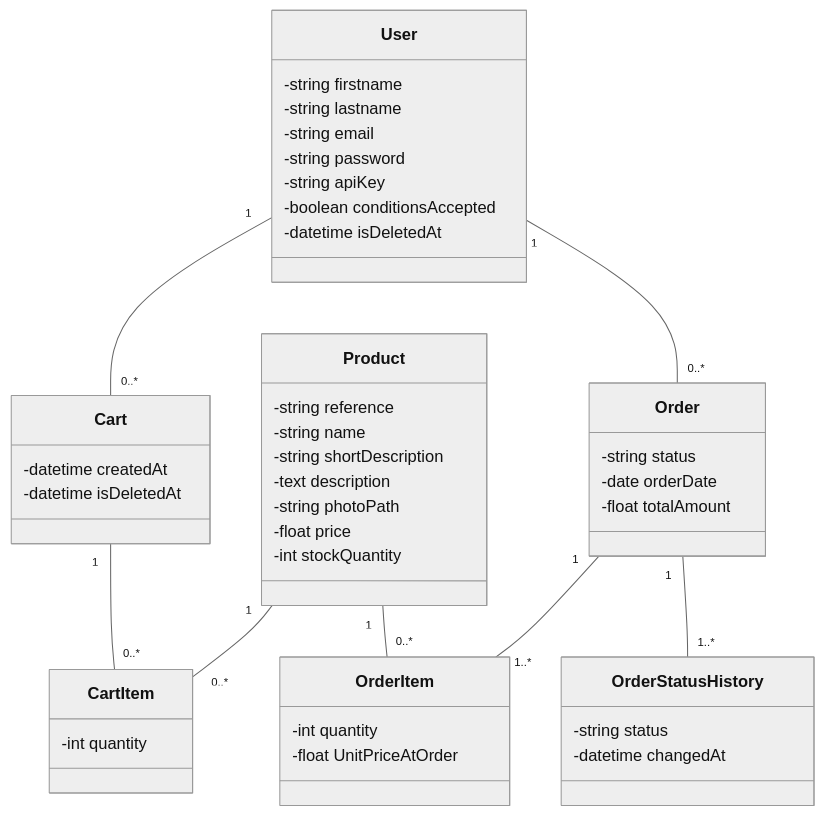
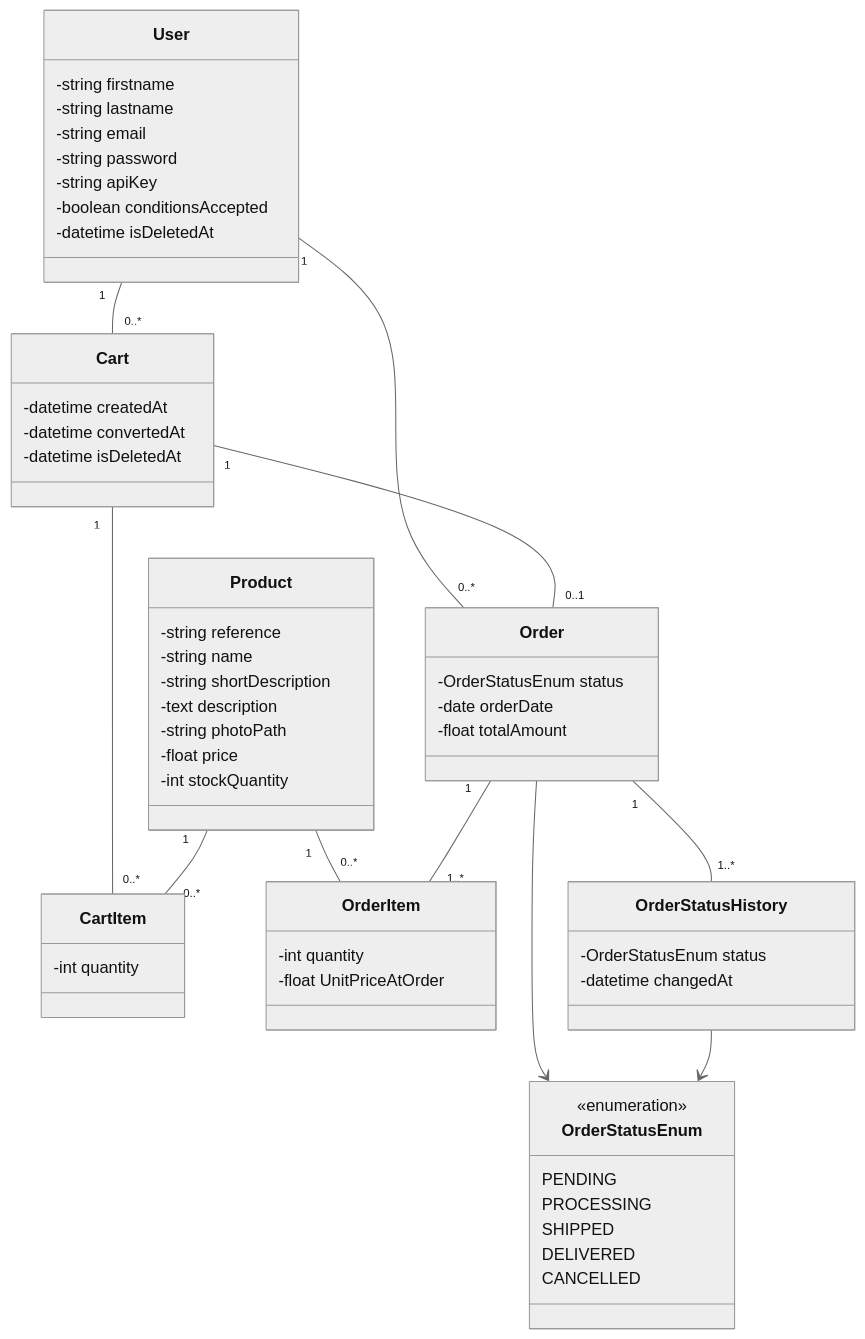
The diagram in diagrammeDeClasse.mmd (Squarenoize/ForgeChene), drawn with Mermaid (neutral theme) before and after one commit. The commit also changed 12 other files, not shown here.

Commit message:
feat: implement order management system; add order, order item, and order status history entities with relationships

```diff
--- a/diagrammeDeClasse.mmd
+++ b/diagrammeDeClasse.mmd
@@ -1,56 +1,69 @@
 classDiagram
     
     class User {
         -string firstname
         -string lastname
         -string email
         -string password
         -string apiKey
         -boolean conditionsAccepted
         -datetime isDeletedAt
     }
     
     class Product {
         -string reference
         -string name
         -string shortDescription
         -text description
         -string photoPath
         -float price
         -int stockQuantity
     }
     
     class Cart {
         -datetime createdAt
+        -datetime convertedAt
         -datetime isDeletedAt
     }
     
     class CartItem {
         -int quantity
     }
     
     class Order {
-        -string status
+        -OrderStatusEnum status
         -date orderDate
         -float totalAmount
     }
     
     class OrderItem {
         -int quantity
         -float UnitPriceAtOrder
     }
 
     class OrderStatusHistory {
-        -string status
+        -OrderStatusEnum status
         -datetime changedAt
+    }
+    
+    class OrderStatusEnum {
+        <<enumeration>>
+        PENDING
+        PROCESSING
+        SHIPPED
+        DELIVERED
+        CANCELLED
     }
     
     %% Relations entre classes (avec cardinalités)
 
     User "1" -- "0..*" Cart
     User "1" -- "0..*" Order
+    Cart "1" -- "0..1" Order
     Cart "1" -- "0..*" CartItem
     Product "1" -- "0..*" CartItem
     Product "1" -- "0..*" OrderItem
     Order "1" -- "1..*" OrderItem
     Order "1" -- "1..*" OrderStatusHistory
+    Order --> OrderStatusEnum
+    OrderStatusHistory --> OrderStatusEnum
```
